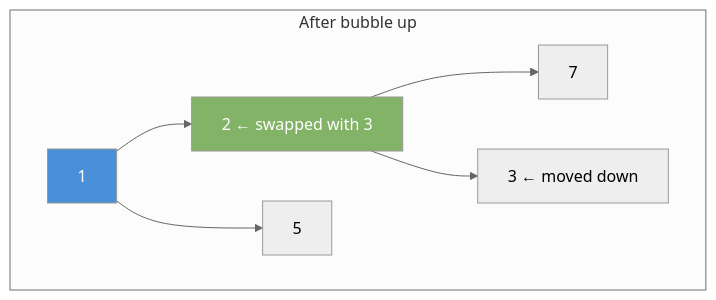
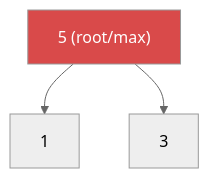
The second of 2 diagrams in docs/09-heap.md (valarpirai/software-enginneering), drawn with Mermaid (neutral theme) before and after one commit. The commit also changed other lines of this file and 3 other files, not shown here.

````diff
--- a/docs/09-heap.md
+++ b/docs/09-heap.md
@@ -120,11 +45,6 @@
 ```mermaid
 graph TD
-    subgraph "After bubble up"
-    A["1"] --> B["2 ← swapped with 3"]
-    A --> C["5"]
-    B --> D["7"]
-    B --> E["3 ← moved down"]
-    style B fill:#82b366,color:#fff
-    style A fill:#4a90d9,color:#fff
-    end
+    A["5 (root/max)"] --> B["1"]
+    A --> C["3"]
+    style A fill:#d94a4a,color:#fff
 ```
````
